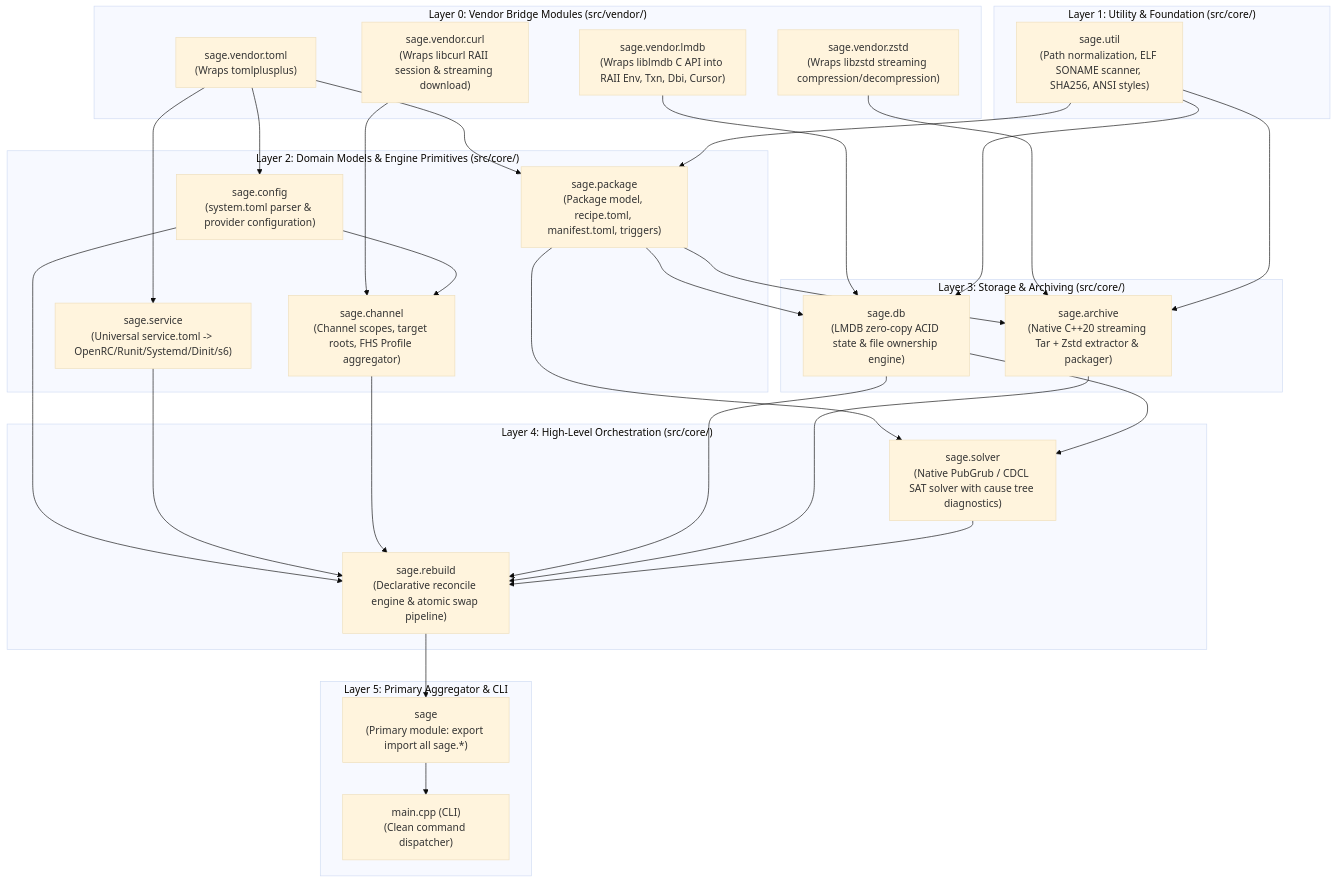
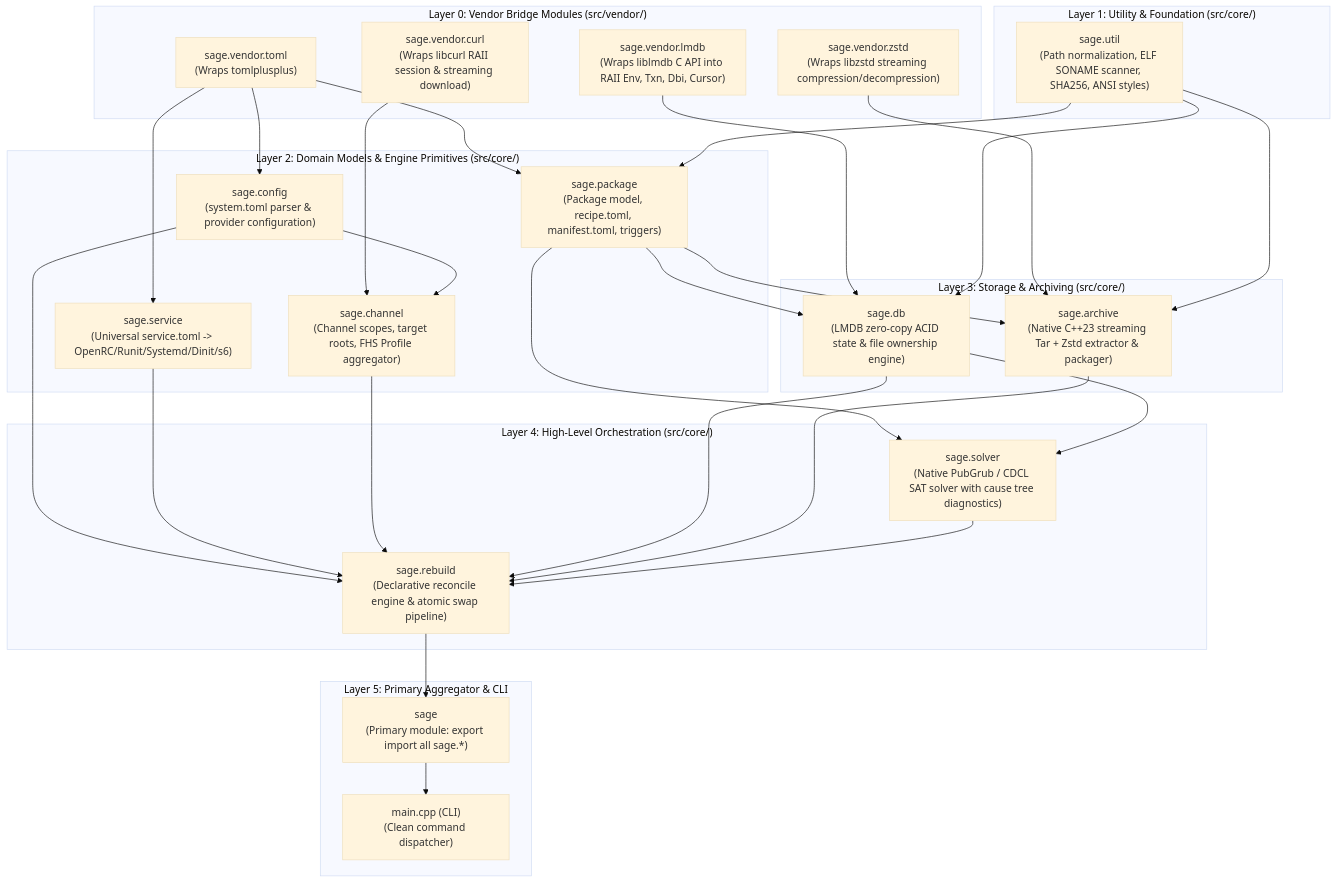
One commit to antinomie1/sage changed the diagram in docs/MODULES.md. Above: the diagram before and after it, drawn with Mermaid (base theme). The commit also changed other lines of this file and 4 other files, not shown here.

````diff
--- a/docs/MODULES.md
+++ b/docs/MODULES.md
@@ -9,58 +9,58 @@
 ```mermaid
 graph TD
     subgraph Layer0["Layer 0: Vendor Bridge Modules (src/vendor/)"]
         LMDB["sage.vendor.lmdb<br/>(Wraps liblmdb C API into RAII Env, Txn, Dbi, Cursor)"]
         ZSTD["sage.vendor.zstd<br/>(Wraps libzstd streaming compression/decompression)"]
         TOML["sage.vendor.toml<br/>(Wraps tomlplusplus)"]
         CURL["sage.vendor.curl<br/>(Wraps libcurl RAII session & streaming download)"]
     end
 
     subgraph Layer1["Layer 1: Utility & Foundation (src/core/)"]
         UTIL["sage.util<br/>(Path normalization, ELF SONAME scanner, SHA256, ANSI styles)"]
     end
 
     subgraph Layer2["Layer 2: Domain Models & Engine Primitives (src/core/)"]
         CONFIG["sage.config<br/>(system.toml parser & provider configuration)"]
         PKG["sage.package<br/>(Package model, recipe.toml, manifest.toml, triggers)"]
         SVC["sage.service<br/>(Universal service.toml -> OpenRC/Runit/Systemd/Dinit/s6)"]
         CHAN["sage.channel<br/>(Channel scopes, target roots, FHS Profile aggregator)"]
     end
 
     subgraph Layer3["Layer 3: Storage & Archiving (src/core/)"]
         DB["sage.db<br/>(LMDB zero-copy ACID state & file ownership engine)"]
-        ARCH["sage.archive<br/>(Native C++20 streaming Tar + Zstd extractor & packager)"]
+        ARCH["sage.archive<br/>(Native C++23 streaming Tar + Zstd extractor & packager)"]
     end
 
     subgraph Layer4["Layer 4: High-Level Orchestration (src/core/)"]
         SOLVER["sage.solver<br/>(Native PubGrub / CDCL SAT solver with cause tree diagnostics)"]
         REBUILD["sage.rebuild<br/>(Declarative reconcile engine & atomic swap pipeline)"]
     end
 
     subgraph Layer5["Layer 5: Primary Aggregator & CLI"]
         ROOT["sage<br/>(Primary module: export import all sage.*)"]
         CLI["main.cpp (CLI)<br/>(Clean command dispatcher)"]
     end
 
     LMDB --> DB
     ZSTD --> ARCH
     TOML --> CONFIG
     TOML --> PKG
     TOML --> SVC
     CURL --> CHAN
     UTIL --> PKG
     UTIL --> ARCH
     UTIL --> DB
     PKG --> DB
     PKG --> ARCH
     PKG --> SOLVER
     CONFIG --> CHAN
     CONFIG --> REBUILD
     SVC --> REBUILD
     CHAN --> REBUILD
     DB --> SOLVER
     DB --> REBUILD
     ARCH --> REBUILD
     SOLVER --> REBUILD
     REBUILD --> ROOT
     ROOT --> CLI
 ```
````
